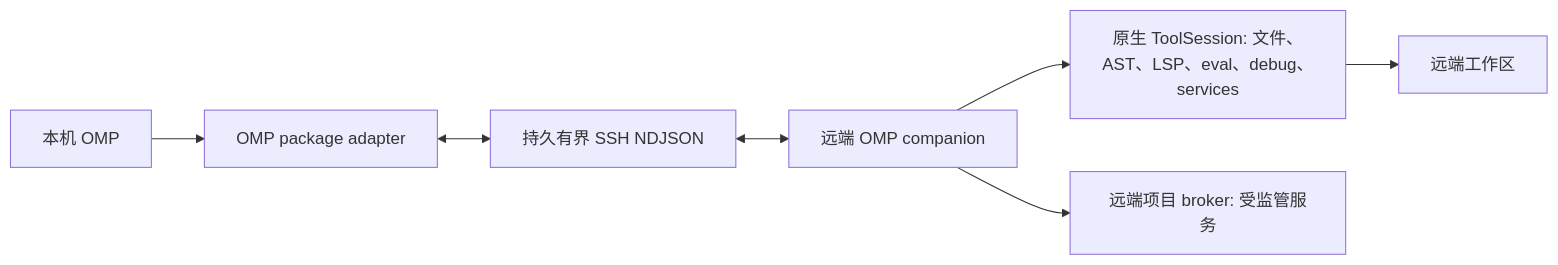
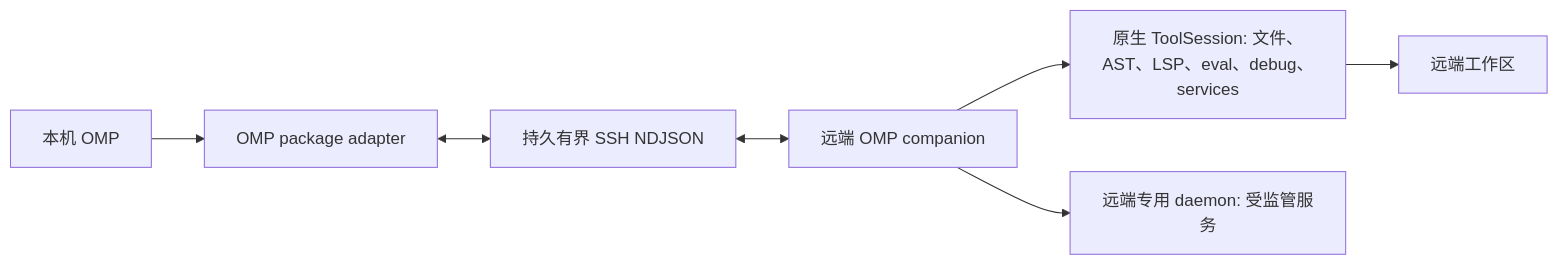
Before and after one commit to fuyao66/omp-ssh-remote: the diagram in packages/omp/README.zh-CN.md, drawn with Mermaid. The commit also changed other lines of this file and 40 other files, not shown here.

````diff
--- a/packages/omp/README.zh-CN.md
+++ b/packages/omp/README.zh-CN.md
@@ -65,9 +65,9 @@
 ```mermaid
 flowchart LR
   OMP[本机 OMP] --> Adapter[OMP package adapter]
   Adapter <--> SSH[持久有界 SSH NDJSON]
   SSH <--> Worker[远端 OMP companion]
   Worker --> Tools[原生 ToolSession: 文件、AST、LSP、eval、debug、services]
-  Worker --> Broker[远端项目 broker: 受监管服务]
+  Worker --> Daemon[远端专用 daemon: 受监管服务]
   Tools --> RemoteFS[远端工作区]
 ```
````
